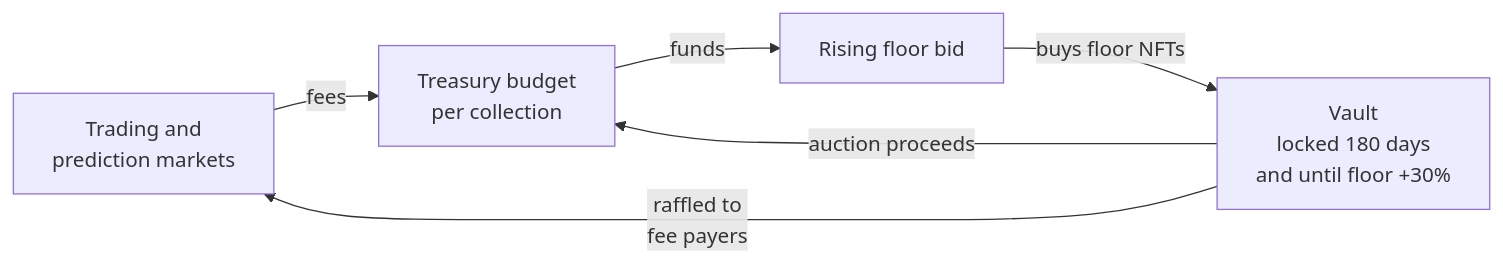
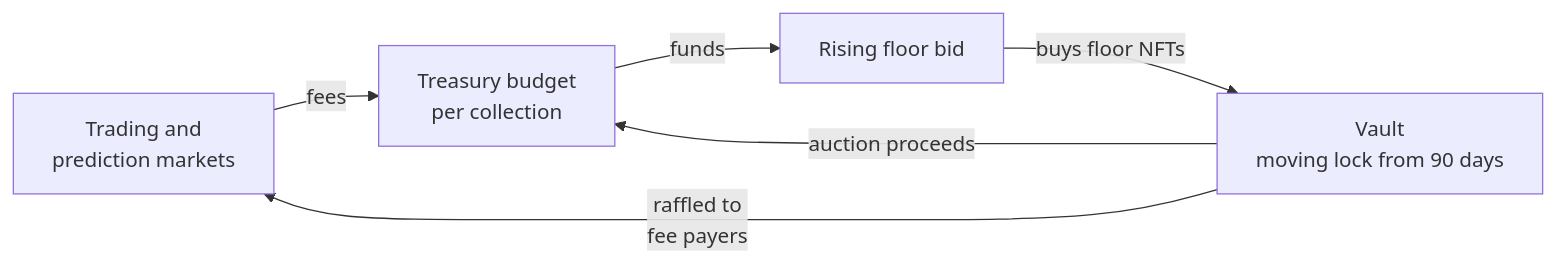
Before and after one commit to Goldcote/FloorGuard: the diagram in README.md, drawn with Mermaid. The commit also changed other lines of this file and 58 other files, not shown here.

First line of the commit message:
Vault: a moving lock, a players' share and prize vesting (#8)

````diff
--- a/README.md
+++ b/README.md
@@ -30,8 +30,8 @@
 ```mermaid
 flowchart LR
     A[Trading and<br/>prediction markets] -->|fees| B[Treasury budget<br/>per collection]
     B -->|funds| C[Rising floor bid]
-    C -->|buys floor NFTs| D[Vault<br/>locked 180 days<br/>and until floor +30%]
+    C -->|buys floor NFTs| D[Vault<br/>moving lock from 90 days]
     D -->|auction proceeds| B
     D -->|raffled to<br/>fee payers| A
 ```
````
